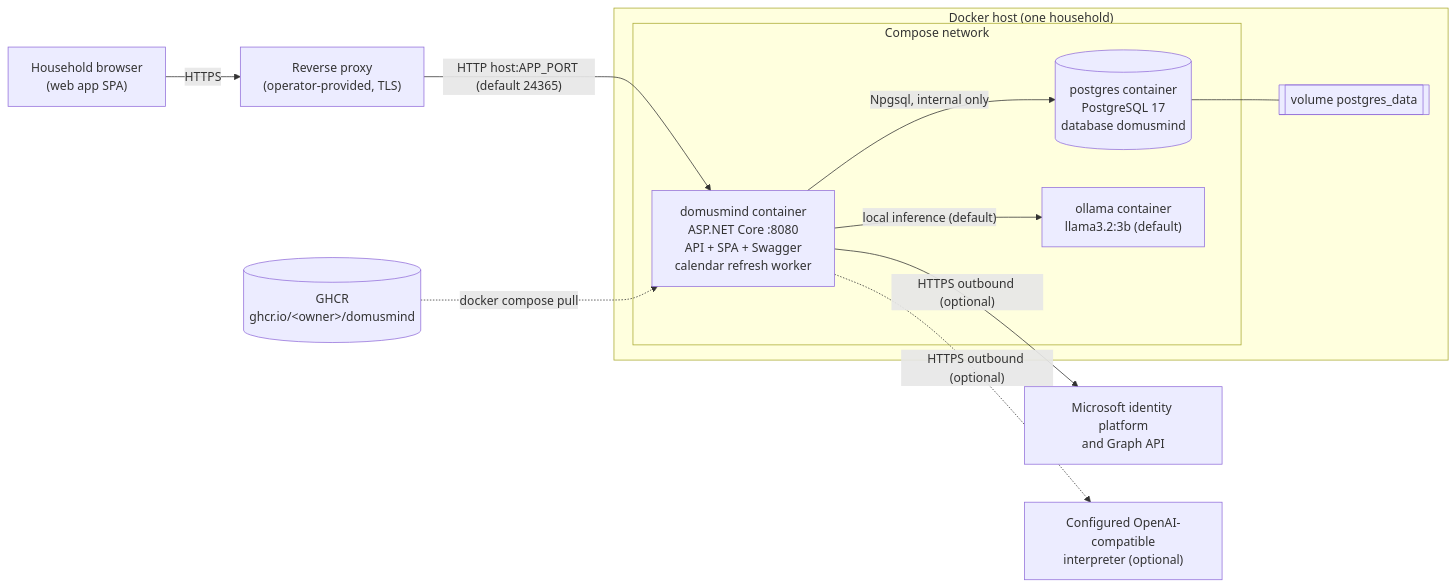
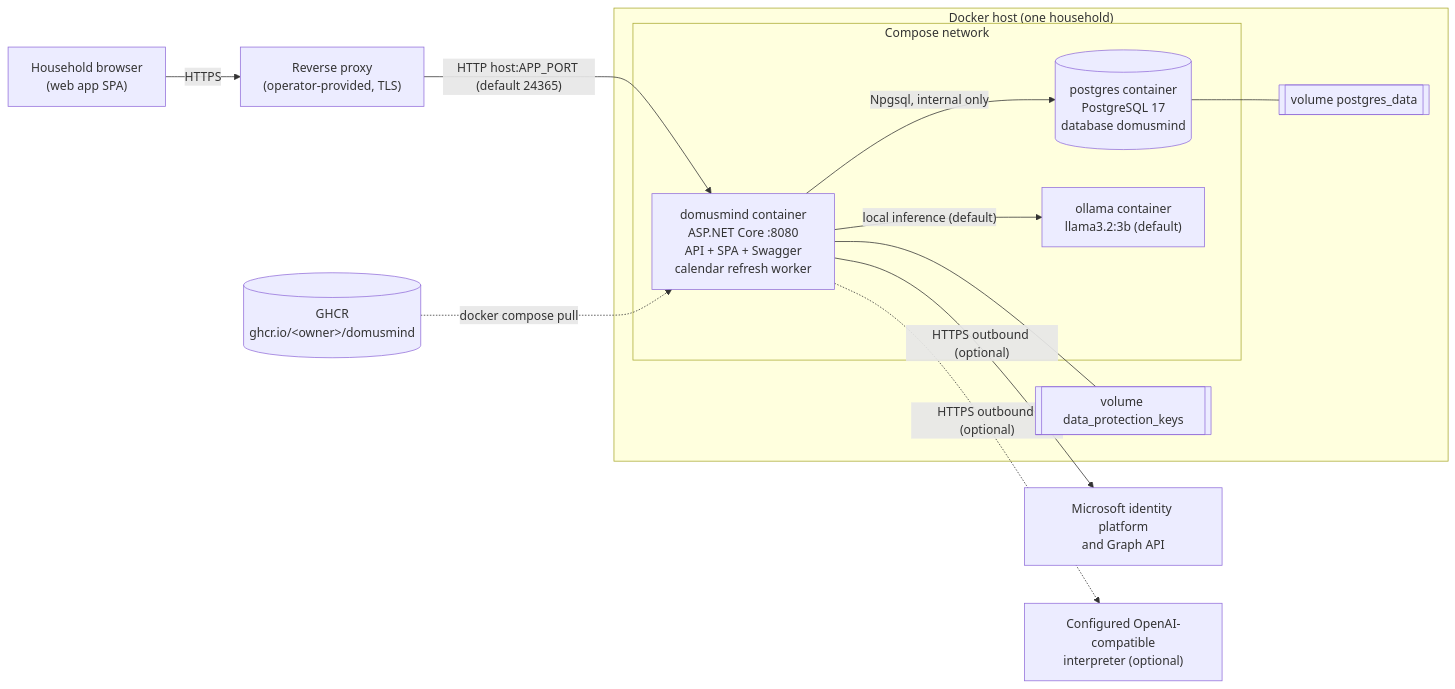
Before and after one commit to juangcarmona/domusmind: the first of 2 diagrams in docs/architecture/07-deployment-view.md, drawn with Mermaid. The commit also changed other lines of this file and 70 other files, not shown here.

````diff
--- a/docs/architecture/07-deployment-view.md
+++ b/docs/architecture/07-deployment-view.md
@@ -17,26 +17,28 @@
 ```mermaid
 flowchart LR
     browser["Household browser<br/>(web app SPA)"]
     proxy["Reverse proxy<br/>(operator-provided, TLS)"]
     ghcr[("GHCR<br/>ghcr.io/&lt;owner&gt;/domusmind")]
     graphApi["Microsoft identity platform<br/>and Graph API"]
     interpreterApi["Configured OpenAI-compatible<br/>interpreter (optional)"]
 
     subgraph host["Docker host (one household)"]
         subgraph compose["Compose network"]
             app["domusmind container<br/>ASP.NET Core :8080<br/>API + SPA + Swagger<br/>calendar refresh worker"]
             db[("postgres container<br/>PostgreSQL 17<br/>database domusmind")]
             ollama["ollama container<br/>llama3.2:3b (default)"]
         end
         vol[["volume postgres_data"]]
+        dpvol[["volume data_protection_keys"]]
     end
 
     browser -- HTTPS --> proxy
     proxy -- "HTTP host:APP_PORT (default 24365)" --> app
     app -- "Npgsql, internal only" --> db
     db --- vol
+    app --- dpvol
     app -- "local inference (default)" --> ollama
     app -. "HTTPS outbound (optional)" .-> interpreterApi
     app -- "HTTPS outbound (optional)" --> graphApi
     ghcr -. "docker compose pull" .-> app
 ```
````
